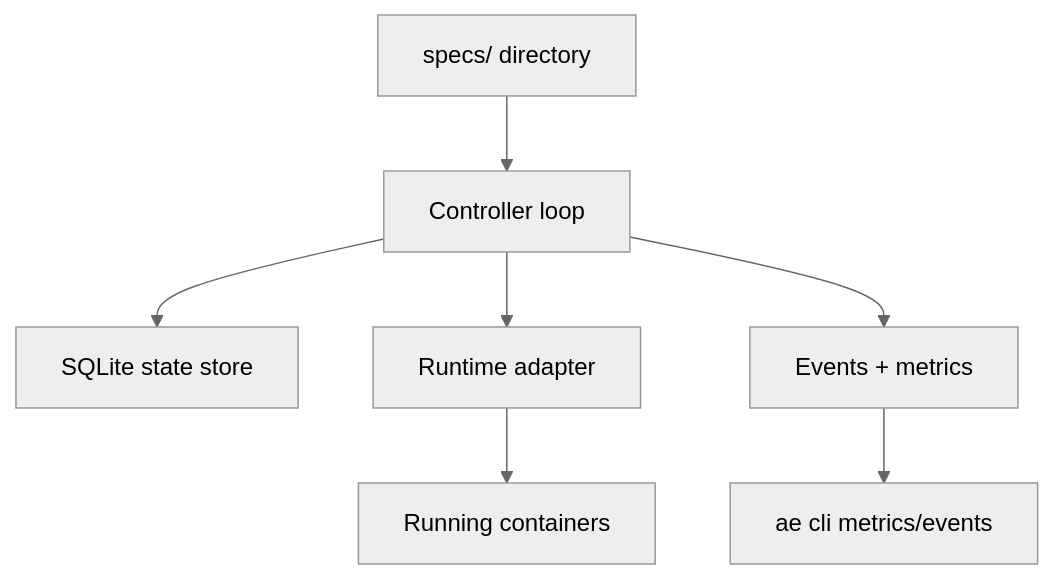
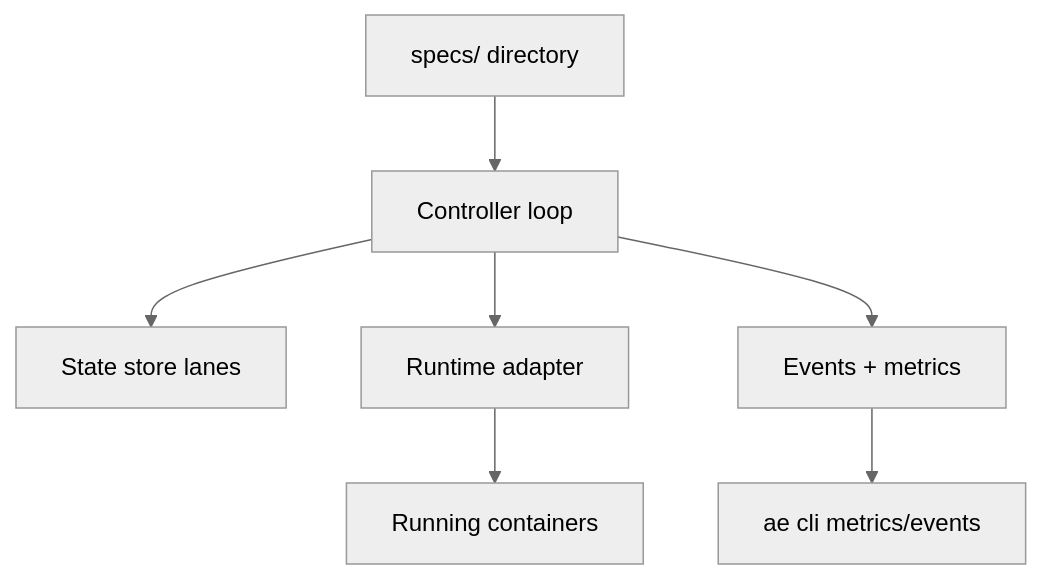
The third of 4 diagrams in docs/concepts-in-practice/01-desired-state-reconciliation.md (the-cm-collective/k1s), drawn with Mermaid (neutral theme) before and after one commit. The commit also changed other lines of this file and 48 other files, not shown here.

````diff
--- a/docs/concepts-in-practice/01-desired-state-reconciliation.md
+++ b/docs/concepts-in-practice/01-desired-state-reconciliation.md
@@ -41,9 +41,9 @@
 ```mermaid
 flowchart TB
   Specs[specs/ directory] --> Controller[Controller loop]
-  Controller --> State[SQLite state store]
+  Controller --> State[State store lanes]
   Controller --> Runtime[Runtime adapter]
   Runtime --> Containers[Running containers]
   Controller --> Events[Events + metrics]
   Events --> CLI[ae cli metrics/events]
 ```
````
